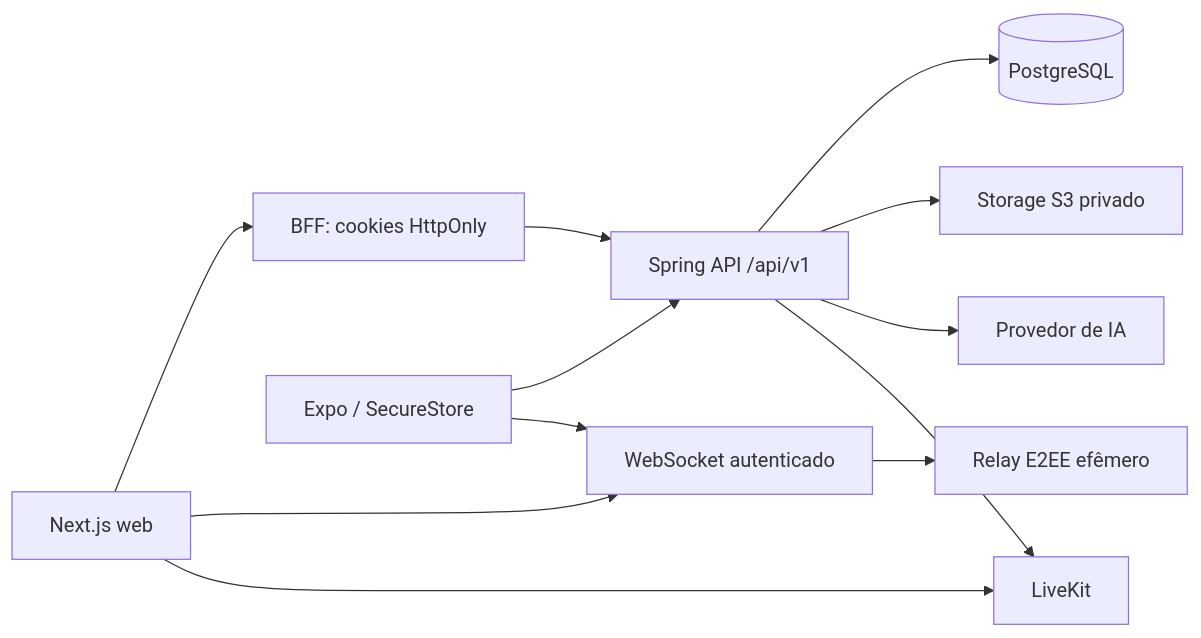
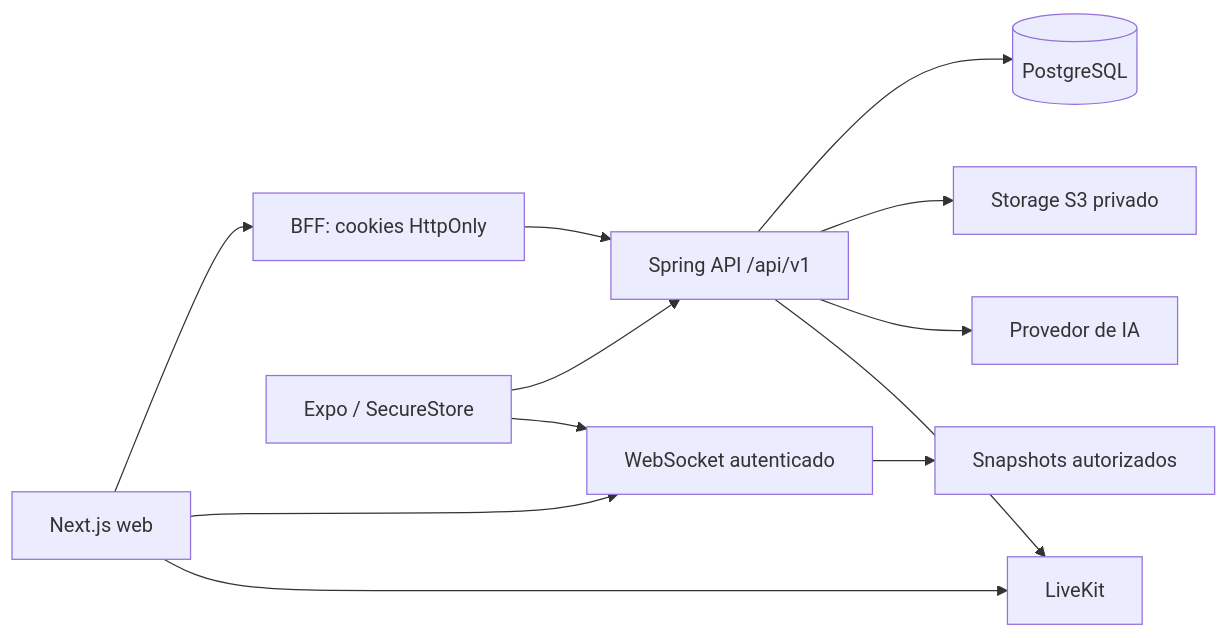
The diagram in docs/ARCHITECTURE.md (luizcordeiro155/Enturma), drawn with Mermaid before and after one commit. The commit also changed other lines of this file and 47 other files, not shown here.

````diff
--- a/docs/ARCHITECTURE.md
+++ b/docs/ARCHITECTURE.md
@@ -5,14 +5,14 @@
 ```mermaid
 flowchart LR
   Web[Next.js web] --> BFF[BFF: cookies HttpOnly]
   BFF --> API[Spring API /api/v1]
   Mobile[Expo / SecureStore] --> API
   API --> PG[(PostgreSQL)]
   Web --> WS[WebSocket autenticado]
   Mobile --> WS
-  WS --> Relay[Relay E2EE efêmero]
+  WS --> Relay[Snapshots autorizados]
   API --> S3[Storage S3 privado]
   API --> LLM[Provedor de IA]
   API --> LK[LiveKit]
   Web --> LK
 ```
````
